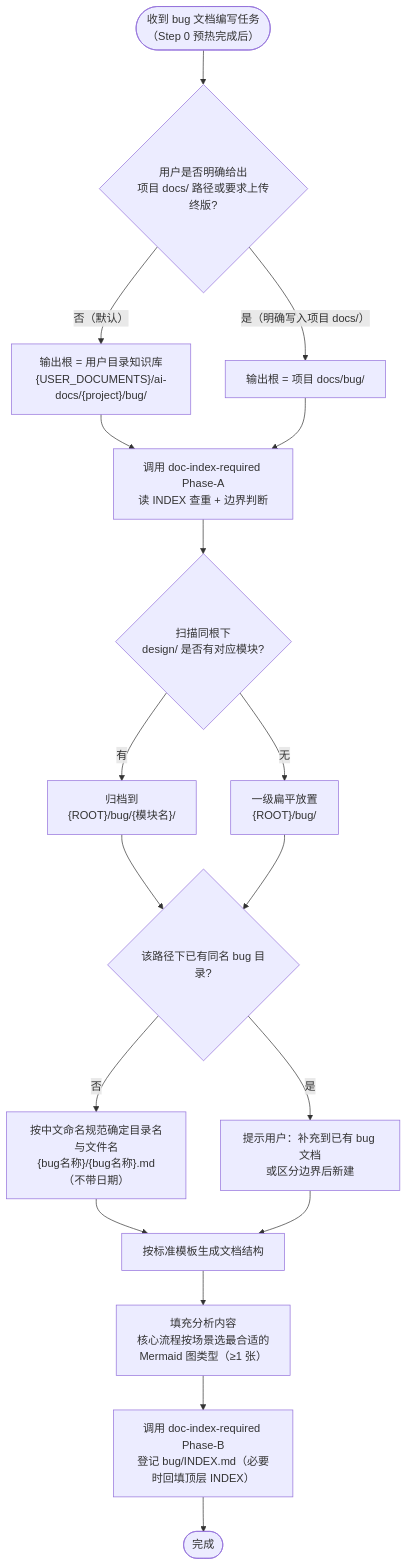
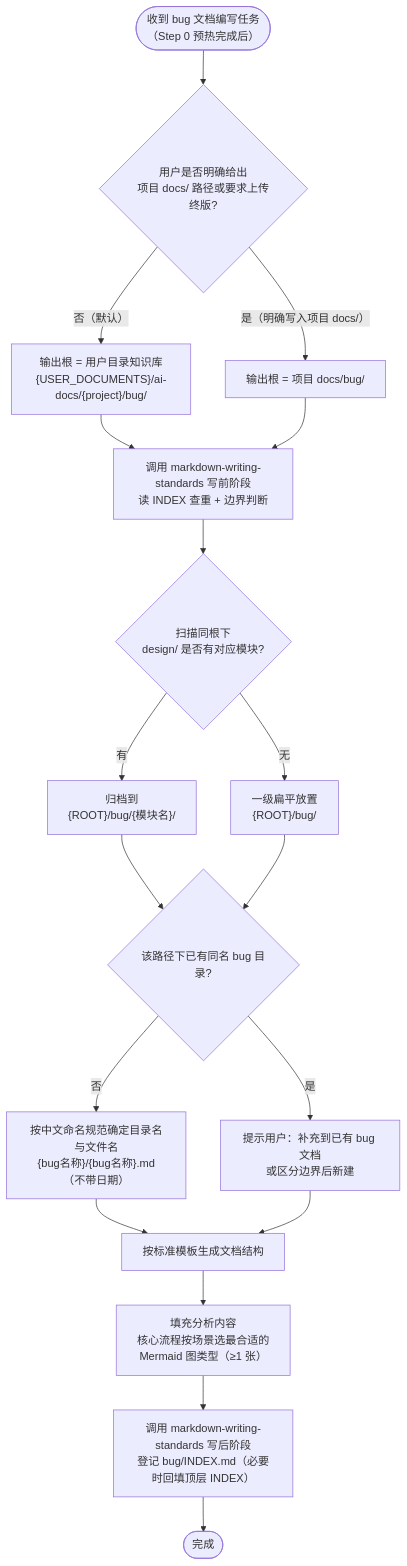
One commit to exception-coder/team-standards changed the first of 4 diagrams in plugins/team-standards/skills/bug-doc-required/SKILL.md. Above: the diagram before and after it, drawn with Mermaid. The commit also changed other lines of this file and 138 other files, not shown here.

````diff
--- a/plugins/team-standards/skills/bug-doc-required/SKILL.md
+++ b/plugins/team-standards/skills/bug-doc-required/SKILL.md
@@ -31,20 +39,20 @@
 ```mermaid
 flowchart TD
     A(["收到 bug 文档编写任务\n（Step 0 预热完成后）"]) --> P{"用户是否明确给出\n项目 docs/ 路径或要求上传终版?"}
     P -->|"否（默认）"| ROOT_USER["输出根 = 用户目录知识库\n{USER_DOCUMENTS}/ai-docs/{project}/bug/"]
     P -->|"是（明确写入项目 docs/）"| ROOT_PROJ["输出根 = 项目 docs/bug/"]
-    ROOT_USER --> B["调用 doc-index-required Phase-A\n读 INDEX 查重 + 边界判断"]
+    ROOT_USER --> B["调用 markdown-writing-standards 写前阶段\n读 INDEX 查重 + 边界判断"]
     ROOT_PROJ --> B
     B --> M{"扫描同根下\ndesign/ 是否有对应模块?"}
     M -->|"有"| M1["归档到\n{ROOT}/bug/{模块名}/"]
     M -->|"无"| M2["一级扁平放置\n{ROOT}/bug/"]
     M1 --> C{"该路径下已有同名 bug 目录?"}
     M2 --> C
     C -->|"是"| D["提示用户：补充到已有 bug 文档\n或区分边界后新建"]
     C -->|"否"| E["按中文命名规范确定目录名与文件名\n{bug名称}/{bug名称}.md（不带日期）"]
     E --> F["按标准模板生成文档结构"]
     F --> G["填充分析内容\n核心流程按场景选最合适的\nMermaid 图类型（≥1 张）"]
-    G --> H["调用 doc-index-required Phase-B\n登记 bug/INDEX.md（必要时回填顶层 INDEX）"]
+    G --> H["调用 markdown-writing-standards 写后阶段\n登记 bug/INDEX.md（必要时回填顶层 INDEX）"]
     H --> Z(["完成"])
     D --> F
 ```
````
